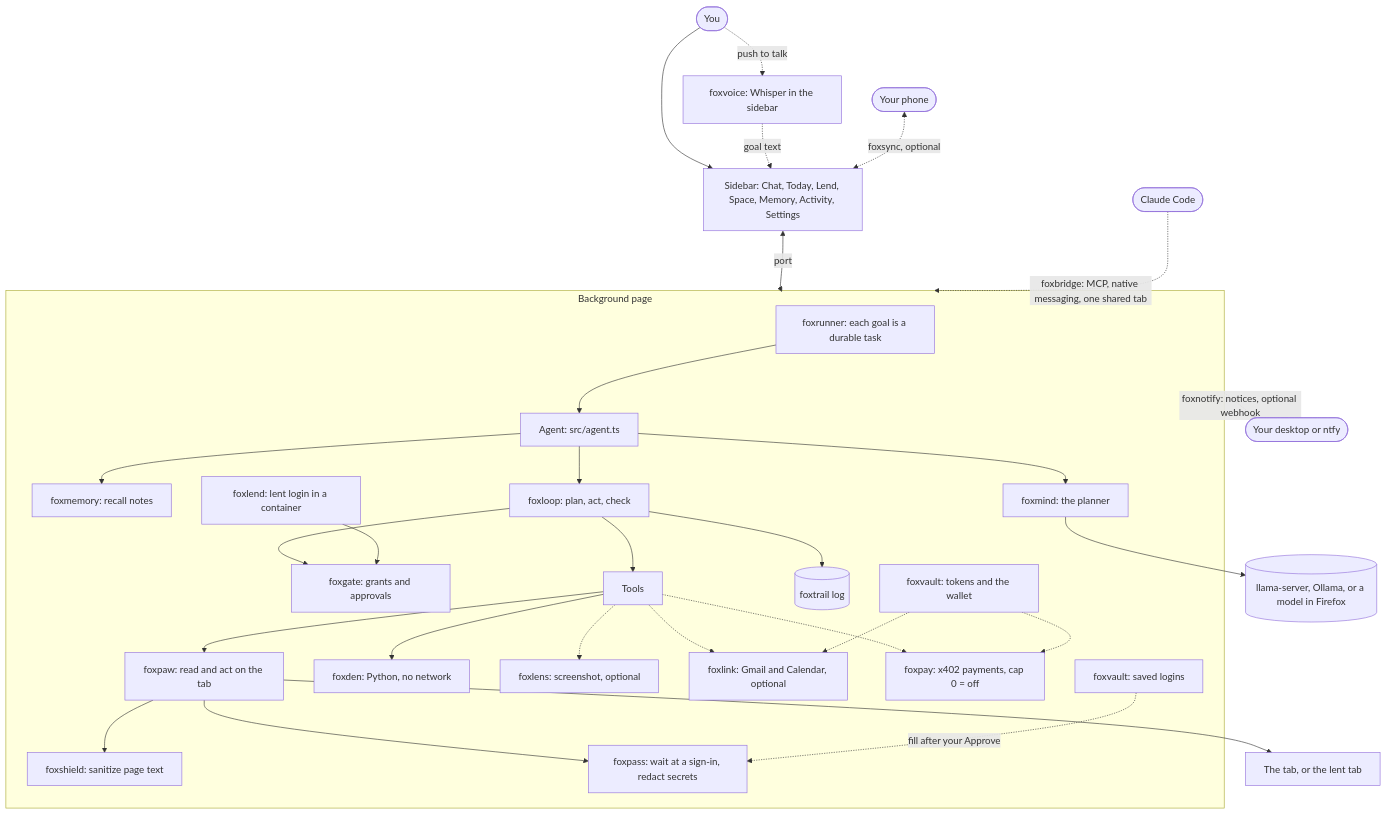
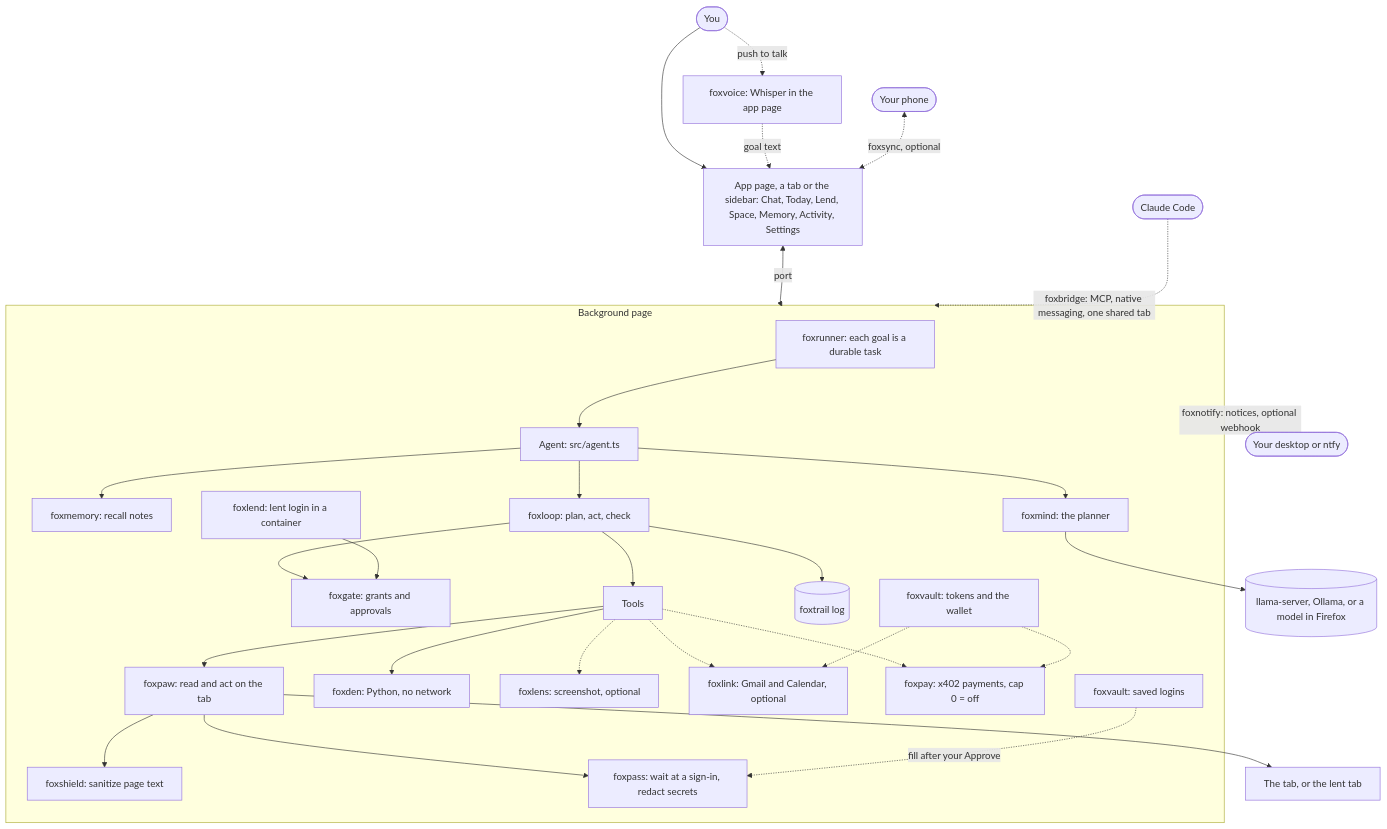
Before and after one commit to pooriaarab/foxmate: the first of 3 diagrams in README.md, drawn with Mermaid. The commit also changed other lines of this file and 1 other file, not shown here.

First line of the commit message:
Describe the app page in the README and AMO (#136)

````diff
--- a/README.md
+++ b/README.md
@@ -85,31 +86,31 @@
 ```mermaid
 flowchart TB
-  user([You]) --> sidebar[Sidebar: Chat, Today, Lend, Space, Memory, Activity, Settings]
-  user -.->|push to talk| voice[foxvoice: Whisper in the sidebar] -.->|goal text| sidebar
+  user([You]) --> sidebar[App page, a tab or the sidebar: Chat, Today, Lend, Space, Memory, Activity, Settings]
+  user -.->|push to talk| voice[foxvoice: Whisper in the app page] -.->|goal text| sidebar
   sidebar <-->|port| bg[Background page]
   phone([Your phone]) <-.->|foxsync, optional| sidebar
   bg -.->|foxnotify: notices, optional webhook| you([Your desktop or ntfy])
   claude([Claude Code]) -.->|foxbridge: MCP, native messaging, one shared tab| bg
   subgraph bg[Background page]
     runner[foxrunner: each goal is a durable task] --> agent[Agent: src/agent.ts]
     agent --> recall[foxmemory: recall notes]
     agent --> brain[foxmind: the planner]
     agent --> loop[foxloop: plan, act, check]
     loop --> gate[foxgate: grants and approvals]
     loop --> tools[Tools]
     loop --> trail[(foxtrail log)]
     tools --> paw[foxpaw: read and act on the tab]
     paw --> shield[foxshield: sanitize page text]
     paw --> pass[foxpass: wait at a sign-in, redact secrets]
     tools --> den[foxden: Python, no network]
     tools -.-> lens[foxlens: screenshot, optional]
     tools -.-> link[foxlink: Gmail and Calendar, optional]
     tools -.-> pay[foxpay: x402 payments, cap 0 = off]
     lend[foxlend: lent login in a container] --> gate
     vault[foxvault: tokens and the wallet] -.-> link
     logins[foxvault: saved logins] -.->|fill after your Approve| pass
     vault -.-> pay
   end
   brain --> local[(llama-server, Ollama, or a model in Firefox)]
   paw --> tab[The tab, or the lent tab]
 ```
````
